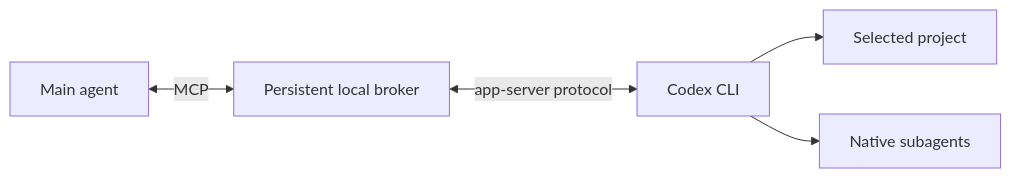
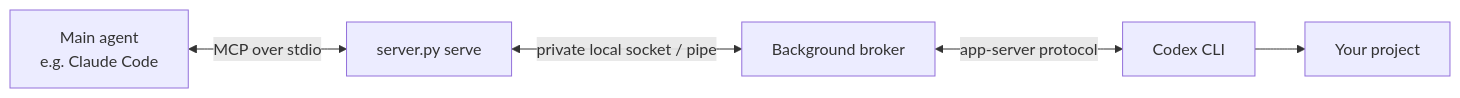
One commit to houyhlouis/codex-mcp changed the diagram in README.md. Above: the diagram before and after it, drawn with Mermaid. The commit also changed other lines of this file and 56 other files, not shown here.

````diff
--- a/README.md
+++ b/README.md
@@ -97,7 +207,7 @@
 ```mermaid
 flowchart LR
-    A[Main agent] <-->|MCP| B[Persistent local broker]
-    B <-->|app-server protocol| C[Codex CLI]
-    C --> D[Selected project]
-    C --> E[Native subagents]
+    A[Main agent<br/>e.g. Claude Code] <-->|MCP over stdio| B[server.py serve]
+    B <-->|private local socket / pipe| C[Background broker]
+    C <-->|app-server protocol| D[Codex CLI]
+    D --> E[Your project]
 ```
````
